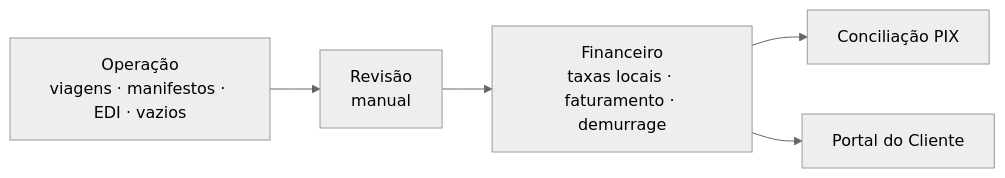
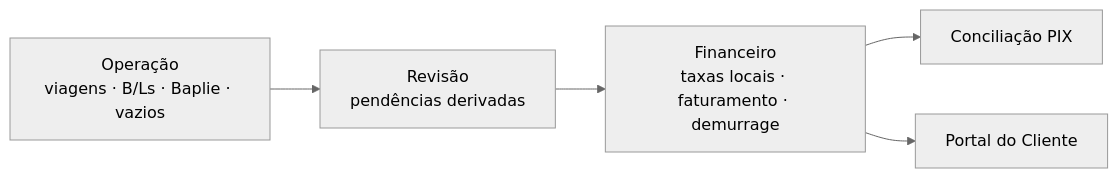
The diagram in docs/README.md (luccafwlog/vela), drawn with Mermaid (neutral theme) before and after one commit. The commit also changed other lines of this file and 84 other files, not shown here.

````diff
--- a/docs/README.md
+++ b/docs/README.md
@@ -22,7 +22,7 @@
 ```mermaid
 flowchart LR
-    Op["Operação<br/>viagens · manifestos · EDI · vazios"] --> Rev["Revisão<br/>manual"]
+    Op["Operação<br/>viagens · B/Ls · Baplie · vazios"] --> Rev["Revisão<br/>pendências derivadas"]
     Rev --> Fin["Financeiro<br/>taxas locais · faturamento · demurrage"]
     Fin --> Rec["Conciliação PIX"]
     Fin --> Portal["Portal do Cliente"]
 ```
````
